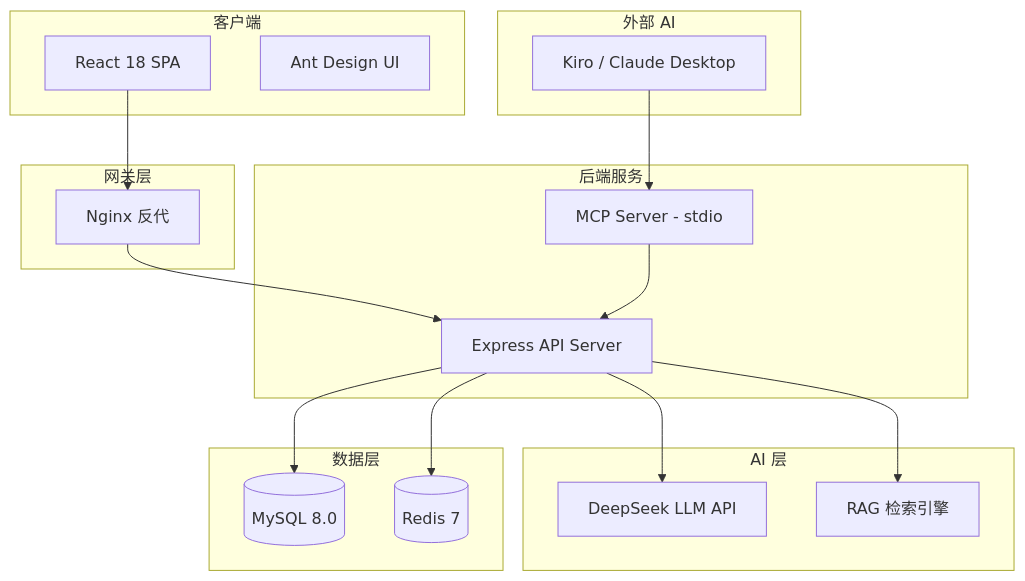
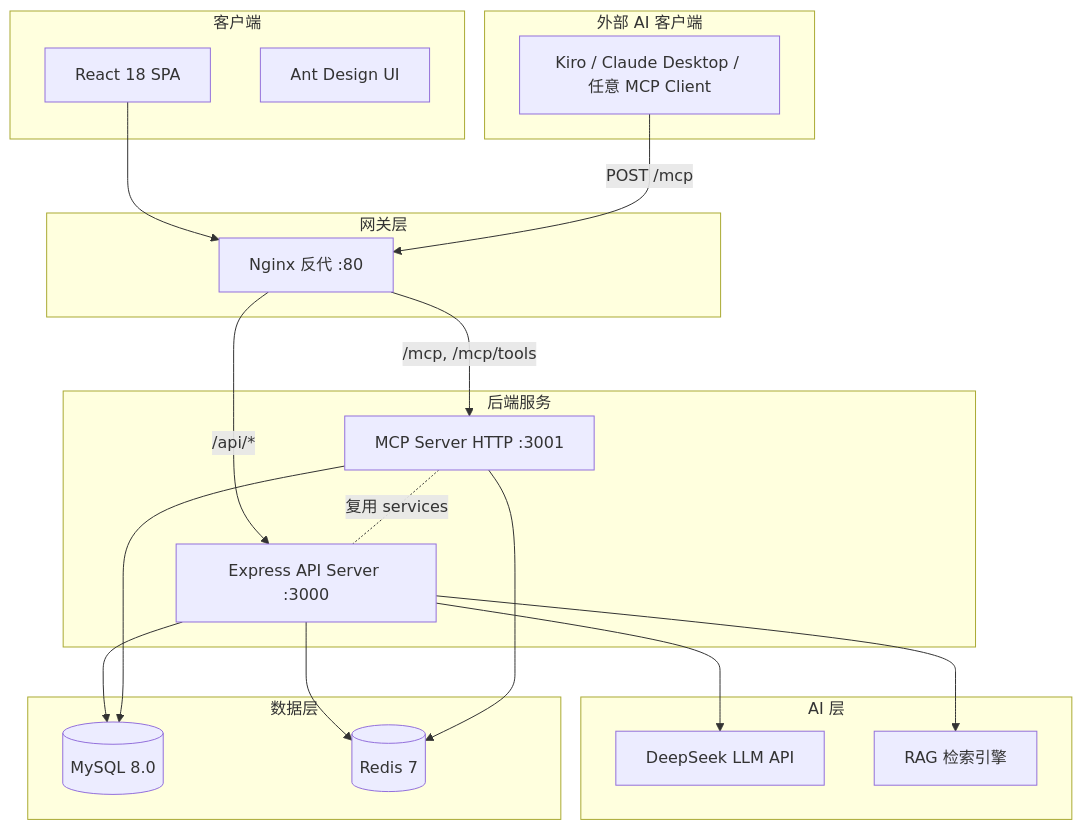
One commit to greymon226/community changed the first of 4 diagrams in submission/01-设计文档.md. Above: the diagram before and after it, drawn with Mermaid. The commit also changed other lines of this file and 4 other files, not shown here.

Commit message:
docs: sync MCP HTTP deployment across all docs (design/demo/readme/mcp-readme)

````diff
--- a/submission/01-设计文档.md
+++ b/submission/01-设计文档.md
@@ -114,39 +114,42 @@
 ```mermaid
 graph TB
     subgraph 客户端
         A[React 18 SPA]
         B[Ant Design UI]
     end
 
+    subgraph 外部 AI 客户端
+        J[Kiro / Claude Desktop / 任意 MCP Client]
+    end
+
     subgraph 网关层
-        C[Nginx 反代]
+        C[Nginx 反代 :80]
     end
 
     subgraph 后端服务
-        D[Express API Server]
-        E[MCP Server - stdio]
+        D[Express API Server :3000]
+        E[MCP Server HTTP :3001]
     end
 
     subgraph AI 层
         F[DeepSeek LLM API]
         G[RAG 检索引擎]
     end
 
     subgraph 数据层
         H[(MySQL 8.0)]
         I[(Redis 7)]
     end
 
-    subgraph 外部 AI
-        J[Kiro / Claude Desktop]
-    end
-
     A --> C
-    C --> D
+    J -- "POST /mcp" --> C
+    C -- "/api/*" --> D
+    C -- "/mcp, /mcp/tools" --> E
     D --> F
     D --> G
     D --> H
     D --> I
-    J --> E
-    E --> D
+    E --> H
+    E --> I
+    E -. "复用 services" .- D
 ```
````
